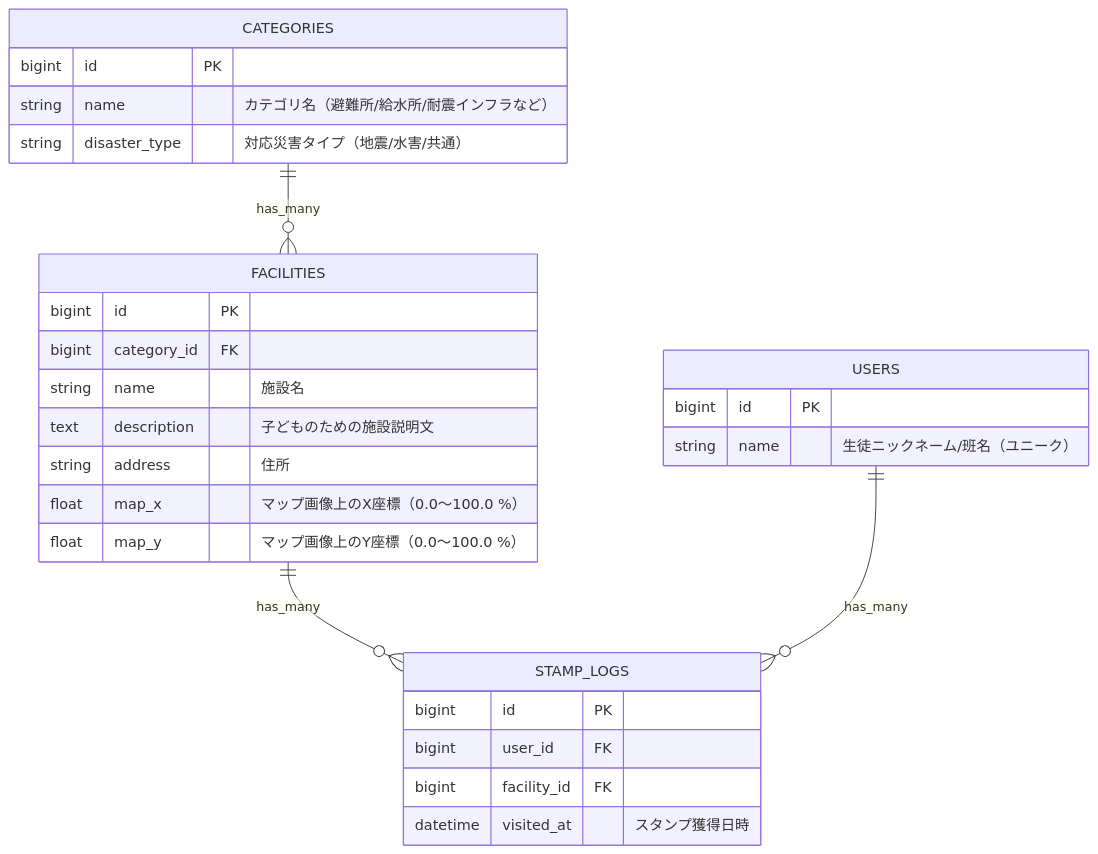
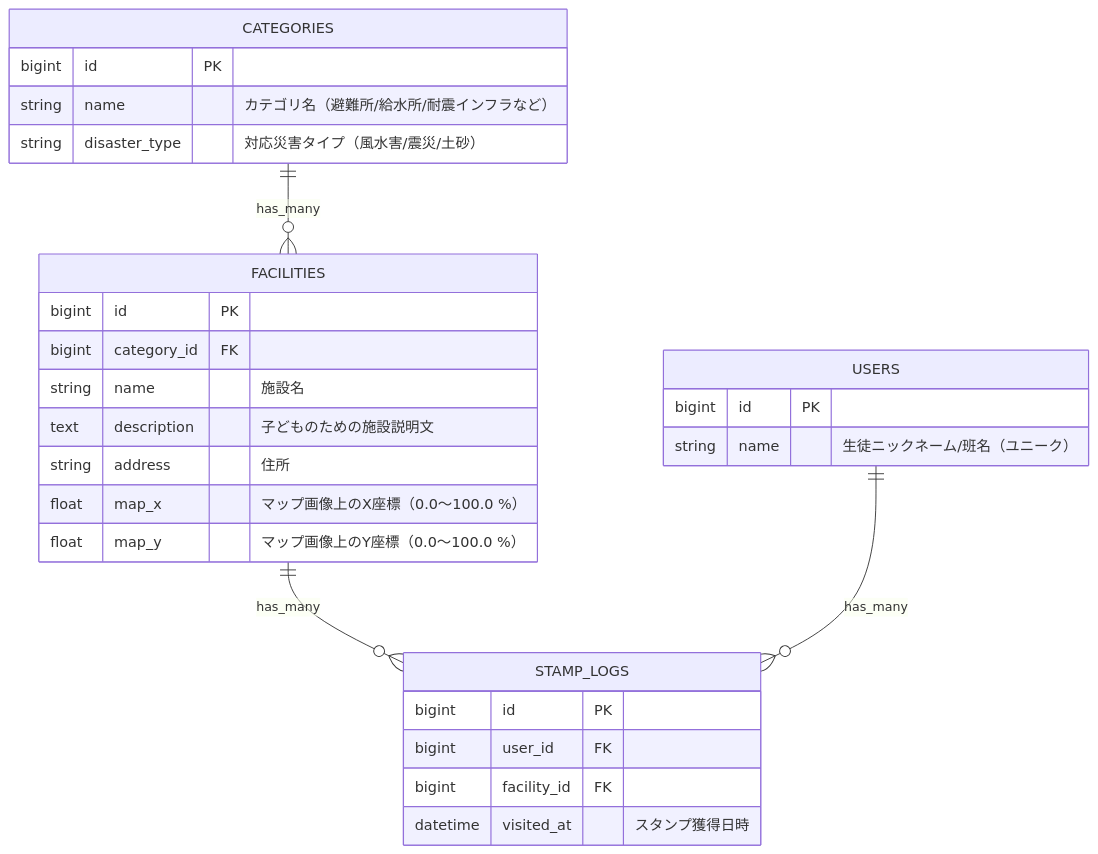
Before and after one commit to PANTHER-1112/SWEXE-Team3: the second of 2 diagrams in README.md, drawn with Mermaid. The commit also changed other lines of this file and 1 other file, not shown here.

````diff
--- a/README.md
+++ b/README.md
@@ -72,34 +72,34 @@
 ```mermaid
 erDiagram
   CATEGORIES ||--o{ FACILITIES : "has_many"
   FACILITIES ||--o{ STAMP_LOGS : "has_many"
   USERS ||--o{ STAMP_LOGS : "has_many"
 
   CATEGORIES {
     bigint id PK
     string name "カテゴリ名（避難所/給水所/耐震インフラなど）"
-    string disaster_type "対応災害タイプ（地震/水害/共通）"
+    string disaster_type "対応災害タイプ（風水害/震災/土砂）"
   }
 
   FACILITIES {
     bigint id PK
     bigint category_id FK
     string name "施設名"
     text description "子どものための施設説明文"
     string address "住所"
     float map_x "マップ画像上のX座標（0.0〜100.0 %）"
     float map_y "マップ画像上のY座標（0.0〜100.0 %）"
   }
 
   USERS {
     bigint id PK
     string name "生徒ニックネーム/班名（ユニーク）"
   }
 
   STAMP_LOGS {
     bigint id PK
     bigint user_id FK
     bigint facility_id FK
     datetime visited_at "スタンプ獲得日時"
   }
 ```
````
